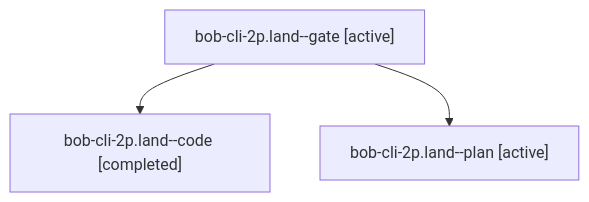
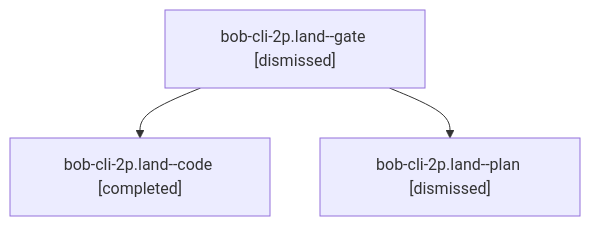
One commit to bobs-org/bob-cli--agents changed the diagram in sessions/bbugyi200.apollo.bob-cli-2p.land.md. Above: the diagram before and after it, drawn with Mermaid. The commit also changed other lines of this file and 135 other files, not shown here.

````diff
--- a/sessions/bbugyi200.apollo.bob-cli-2p.land.md
+++ b/sessions/bbugyi200.apollo.bob-cli-2p.land.md
@@ -9,8 +9,8 @@
 ```mermaid
 flowchart TD
-  n0["bob-cli-2p.land--gate [active]"]
+  n0["bob-cli-2p.land--gate [dismissed]"]
   n1["bob-cli-2p.land--code [completed]"]
   n0 --> n1
-  n2["bob-cli-2p.land--plan [active]"]
+  n2["bob-cli-2p.land--plan [dismissed]"]
   n0 --> n2
 ```
````
